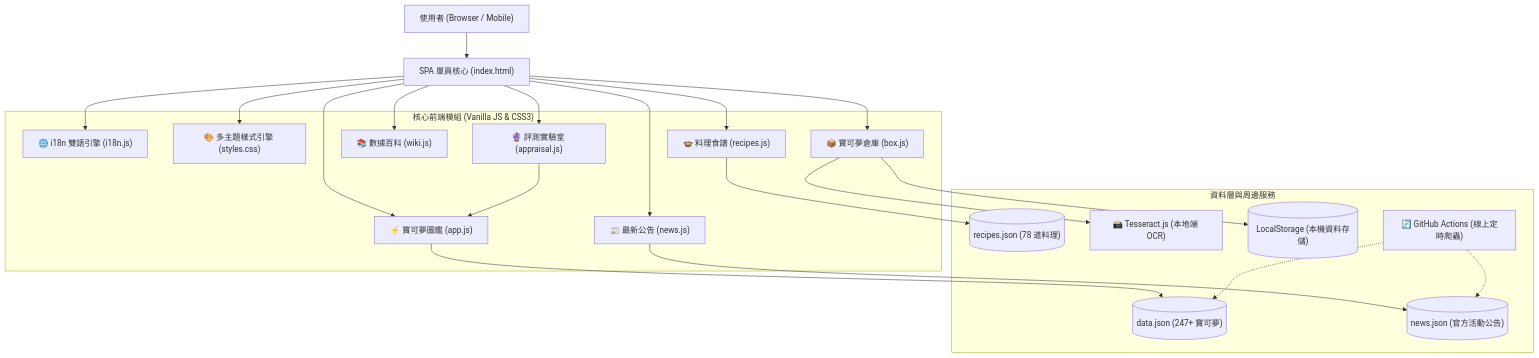
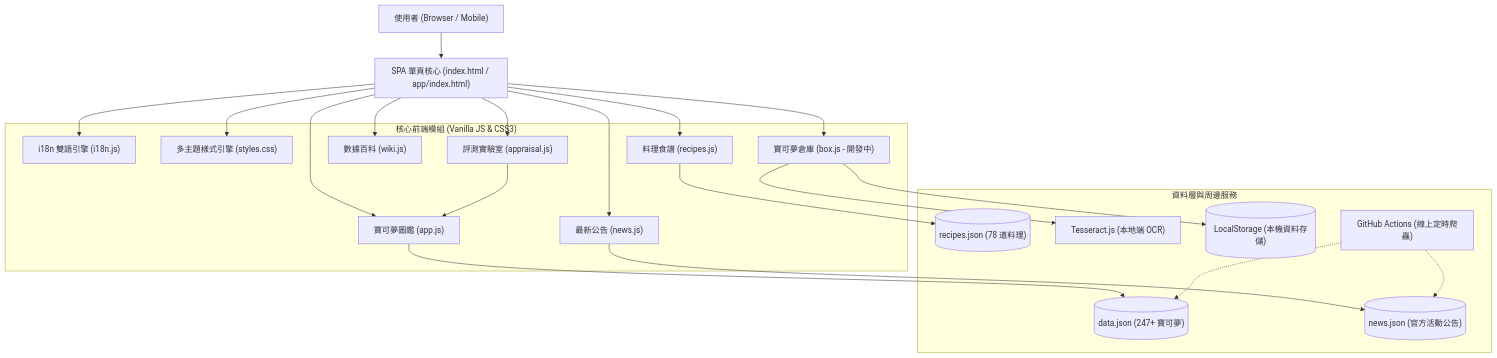
The diagram in README.md (s102213039/pokemon-sleep-app), drawn with Mermaid before and after one commit. The commit also changed other lines of this file and 11 other files, not shown here.

````diff
--- a/README.md
+++ b/README.md
@@ -96,42 +113,42 @@
 ```mermaid
 graph TD
-    User["使用者 (Browser / Mobile)"] --> SPA["SPA 單頁核心 (index.html)"]
+    User["使用者 (Browser / Mobile)"] --> SPA["SPA 單頁核心 (index.html / app/index.html)"]
     
     subgraph CoreModules ["核心前端模組 (Vanilla JS & CSS3)"]
-        I18N["🌐 i18n 雙語引擎 (i18n.js)"]
-        Theme["🎨 多主題樣式引擎 (styles.css)"]
-        Dex["⚡ 寶可夢圖鑑 (app.js)"]
-        Recipes["🍲 料理食譜 (recipes.js)"]
-        Wiki["📚 數據百科 (wiki.js)"]
-        Box["📦 寶可夢倉庫 (box.js)"]
-        Appraisal["🔮 評測實驗室 (appraisal.js)"]
-        News["📰 最新公告 (news.js)"]
+        I18N["i18n 雙語引擎 (i18n.js)"]
+        Theme["多主題樣式引擎 (styles.css)"]
+        Dex["寶可夢圖鑑 (app.js)"]
+        Recipes["料理食譜 (recipes.js)"]
+        Wiki["數據百科 (wiki.js)"]
+        Box["寶可夢倉庫 (box.js - 開發中)"]
+        Appraisal["評測實驗室 (appraisal.js)"]
+        News["最新公告 (news.js)"]
     end
     
     subgraph DataServices ["資料層與周邊服務"]
         DataJSON[("data.json (247+ 寶可夢)")]
         RecipesJSON[("recipes.json (78 道料理)")]
         NewsJSON[("news.json (官方活動公告)")]
-        OCR["📸 Tesseract.js (本地端 OCR)"]
+        OCR["Tesseract.js (本地端 OCR)"]
         LocalStorage[("LocalStorage (本機資料存儲)")]
-        GHActions["🔄 GitHub Actions (線上定時爬蟲)"]
+        GHActions["GitHub Actions (線上定時爬蟲)"]
     end
 
     SPA --> I18N
     SPA --> Theme
     SPA --> Dex
     SPA --> Recipes
     SPA --> Wiki
     SPA --> Box
     SPA --> Appraisal
     SPA --> News
 
     Dex --> DataJSON
     Recipes --> RecipesJSON
     News --> NewsJSON
     Box --> OCR
     Box --> LocalStorage
     Appraisal --> Dex
     GHActions -.-> DataJSON
     GHActions -.-> NewsJSON
 ```
````
